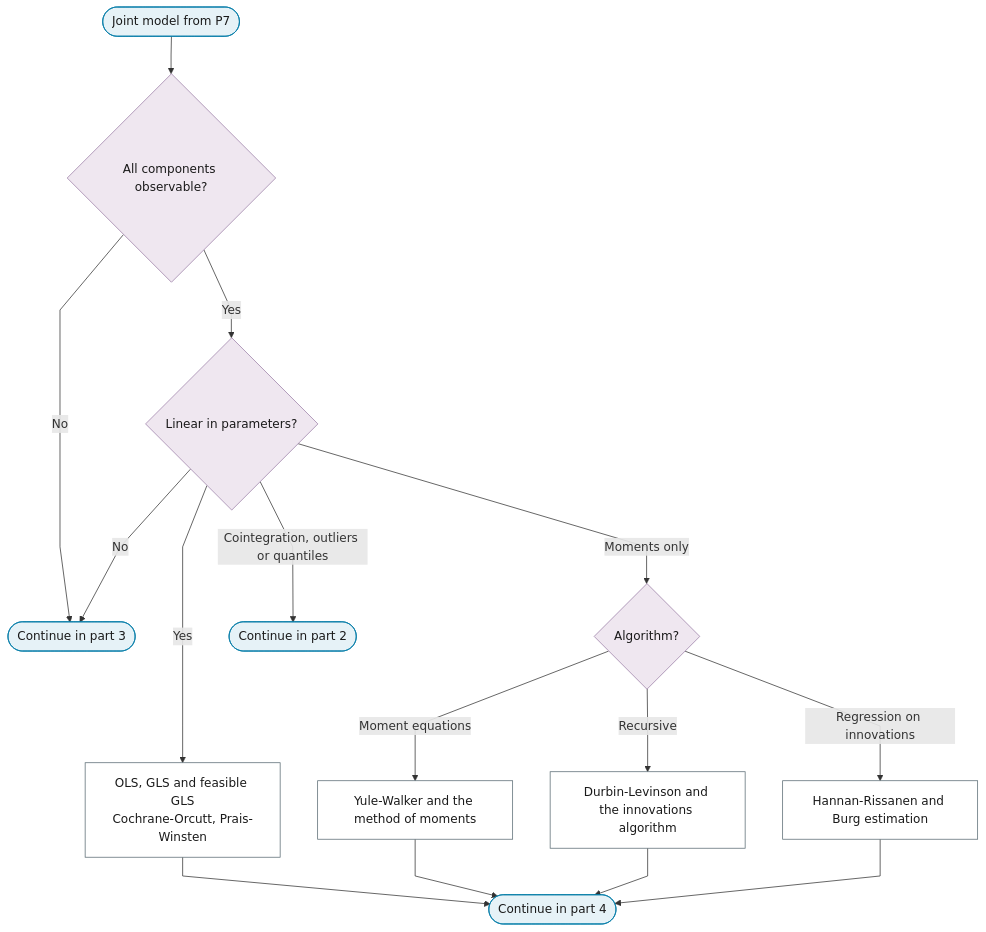
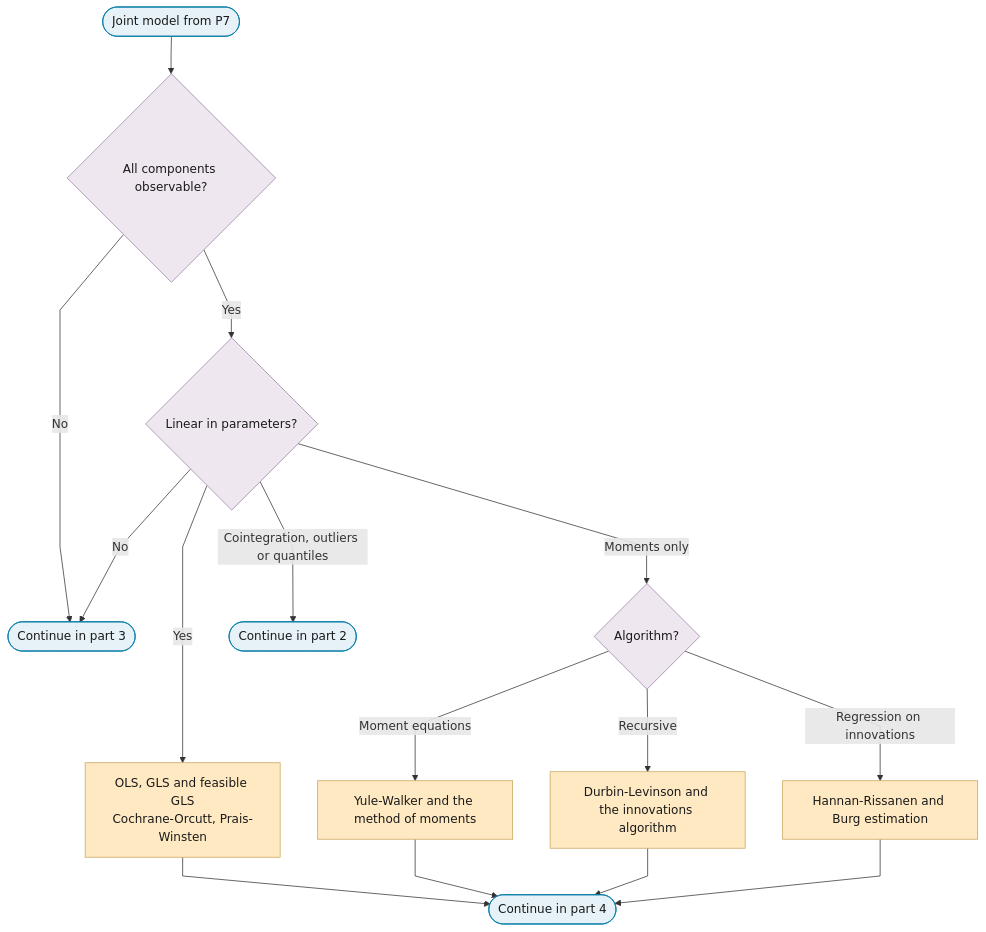
The first of 4 diagrams in docs/01-workflow/p08-estimation.md (Shuxin-Y/time-series-analysis-manual), drawn with Mermaid before and after one commit. The commit also changed other lines of this file and 1 other file, not shown here.

First line of the commit message:
style(flowchart): P6 model and P8 estimator leaves keep the escalate outcome class

````diff
--- a/docs/01-workflow/p08-estimation.md
+++ b/docs/01-workflow/p08-estimation.md
@@ -11,26 +11,26 @@
 ```mermaid
 %%{init: {"flowchart": {"curve": "linear"}}}%%
 graph TD
     P8_IN(["Joint model from P7"]) --> P8_OBSERVABLE{"All components observable?"}
     P8_OBSERVABLE -->|"Yes"| P8_LINEAR{"Linear in parameters?"}
     P8_OBSERVABLE -->|"No"| P8_TO_PART_3(["Continue in part 3"])
     P8_LINEAR -->|"Yes"| P8_OLS_GLS["OLS, GLS and feasible GLS<br/>Cochrane-Orcutt, Prais-Winsten"]
     P8_LINEAR -->|"Moments only"| P8_MOMENTS{"Algorithm?"}
     P8_LINEAR -->|"Cointegration, outliers or quantiles"| P8_TO_PART_2(["Continue in part 2"])
     P8_LINEAR -->|"No"| P8_TO_PART_3
     P8_MOMENTS -->|"Moment equations"| P8_YULE_WALKER["Yule-Walker and the method of moments"]
     P8_MOMENTS -->|"Recursive"| P8_DURBIN_LEVINSON["Durbin-Levinson and the innovations algorithm"]
     P8_MOMENTS -->|"Regression on innovations"| P8_HANNAN_RISSANEN["Hannan-Rissanen and Burg estimation"]
     P8_OLS_GLS & P8_YULE_WALKER & P8_DURBIN_LEVINSON & P8_HANNAN_RISSANEN --> P8_LINEAR_TO_PART_4(["Continue in part 4"])
+    class P8_OLS_GLS,P8_YULE_WALKER,P8_DURBIN_LEVINSON,P8_HANNAN_RISSANEN escalate
     class P8_IN,P8_TO_PART_3,P8_TO_PART_2,P8_LINEAR_TO_PART_4 terminator
     class P8_OBSERVABLE,P8_LINEAR,P8_MOMENTS decision
-    class P8_OLS_GLS,P8_YULE_WALKER,P8_DURBIN_LEVINSON,P8_HANNAN_RISSANEN process
     classDef terminator fill:#E6F2F7,stroke:#007BA7,color:#1A1A1A;
     classDef process fill:#FFFFFF,stroke:#5A6B73,color:#1A1A1A;
     classDef decision fill:#EFE7F0,stroke:#9B7FA7,color:#1A1A1A;
     classDef data fill:#FFF4E0,stroke:#C9A55E,color:#1A1A1A;
     classDef good fill:#DCEFD8,stroke:#4A7A3F,color:#1A1A1A;
     classDef escalate fill:#FFE9C2,stroke:#C9A55E,color:#1A1A1A;
     classDef problem fill:#F2D9DE,stroke:#800020,color:#1A1A1A;
     classDef ref fill:#F7F7F7,stroke:#5A6B73,color:#1A1A1A,stroke-dasharray:4 3;
 ```
````
